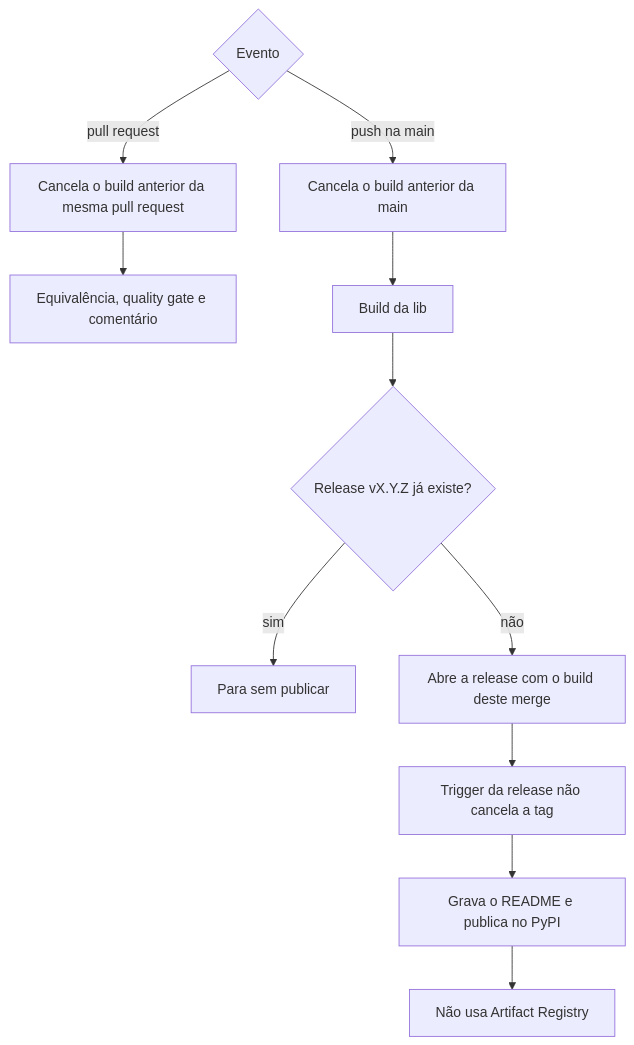
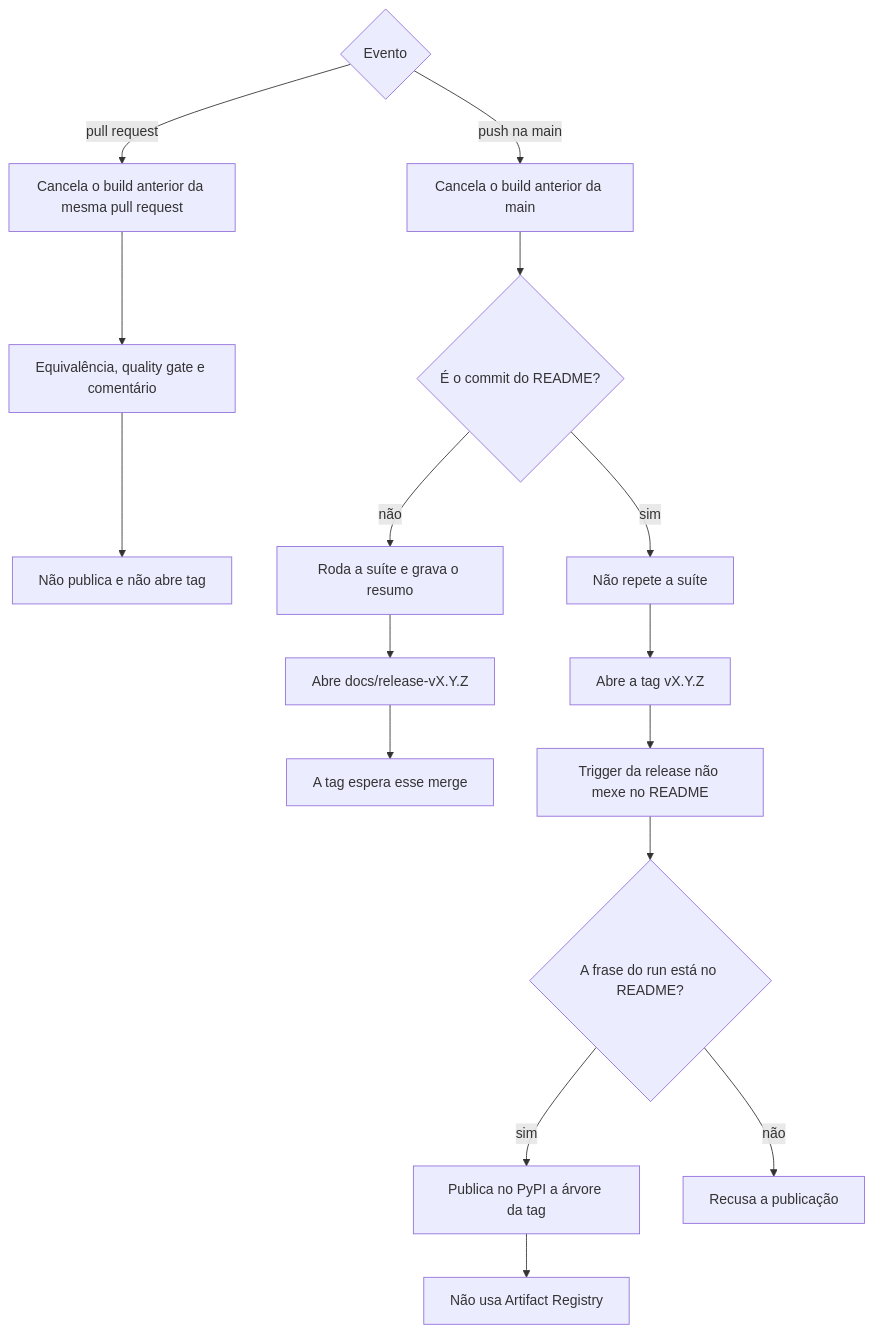
Before and after one commit to garusocruz/calculadora-rtc-simples-nacional: the third of 3 diagrams in docs/publicacao-flow.md, drawn with Mermaid. The commit also changed other lines of this file, not shown here.

Commit message:
docs: o flow da publicação abre a pull request do README

````diff
--- a/docs/publicacao-flow.md
+++ b/docs/publicacao-flow.md
@@ -60,14 +68,19 @@
 ```mermaid
 flowchart TD
   evento{Evento}
   evento -->|pull request| cancelaPr[Cancela o build anterior da mesma pull request]
   cancelaPr --> ci[Equivalência, quality gate e comentário]
+  ci --> fimPr[Não publica e não abre tag]
   evento -->|push na main| cancelaMain[Cancela o build anterior da main]
-  cancelaMain --> build[Build da lib]
-  build --> tem{Release vX.Y.Z já existe?}
-  tem -->|sim| para[Para sem publicar]
-  tem -->|não| abre[Abre a release com o build deste merge]
-  abre --> pub[Trigger da release não cancela a tag]
-  pub --> pypi[Grava o README e publica no PyPI]
+  cancelaMain --> qual{É o commit do README?}
+  qual -->|não| build[Roda a suíte e grava o resumo]
+  build --> prReadme[Abre docs/release-vX.Y.Z]
+  prReadme --> espera[A tag espera esse merge]
+  qual -->|sim| semSuite[Não repete a suíte]
+  semSuite --> abre[Abre a tag vX.Y.Z]
+  abre --> pub[Trigger da release não mexe no README]
+  pub --> frase{A frase do run está no README?}
+  frase -->|sim| pypi[Publica no PyPI a árvore da tag]
+  frase -->|não| recusa[Recusa a publicação]
   pypi --> registry[Não usa Artifact Registry]
 ```
````
